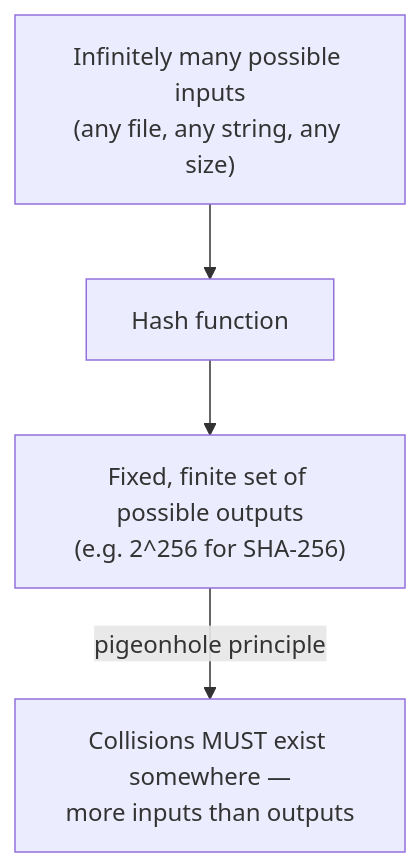
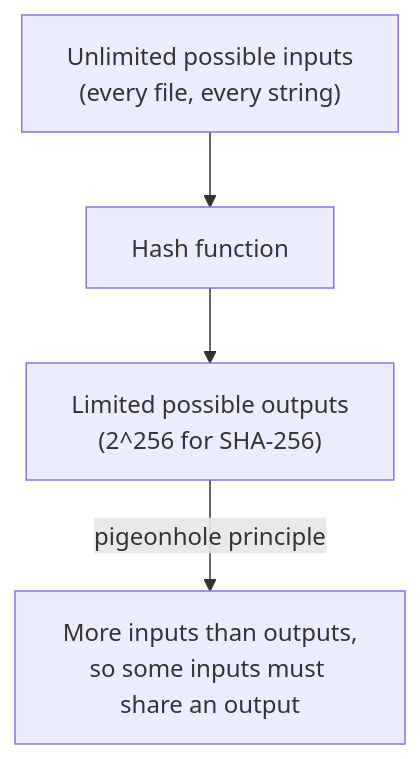
The first of 3 diagrams in src/content/security/hashing/L2-concept.mdx (francoandreDev/knowledge), drawn with Mermaid before and after one commit. The commit also changed other lines of this file and 3 other files, not shown here.

````diff
--- a/src/content/security/hashing/L2-concept.mdx
+++ b/src/content/security/hashing/L2-concept.mdx
@@ -75,6 +65,6 @@
 ```mermaid
 flowchart TD
-    Inputs["Infinitely many possible inputs\n(any file, any string, any size)"] --> Hash["Hash function"]
-    Hash --> Outputs["Fixed, finite set of possible outputs\n(e.g. 2^256 for SHA-256)"]
-    Outputs -->|pigeonhole principle| Collision["Collisions MUST exist somewhere —\nmore inputs than outputs"]
+    I["Unlimited possible inputs\n(every file, every string)"] --> H["Hash function"]
+    H --> O["Limited possible outputs\n(2^256 for SHA-256)"]
+    O -->|pigeonhole principle| C["More inputs than outputs,\nso some inputs must share an output"]
 ```
````
